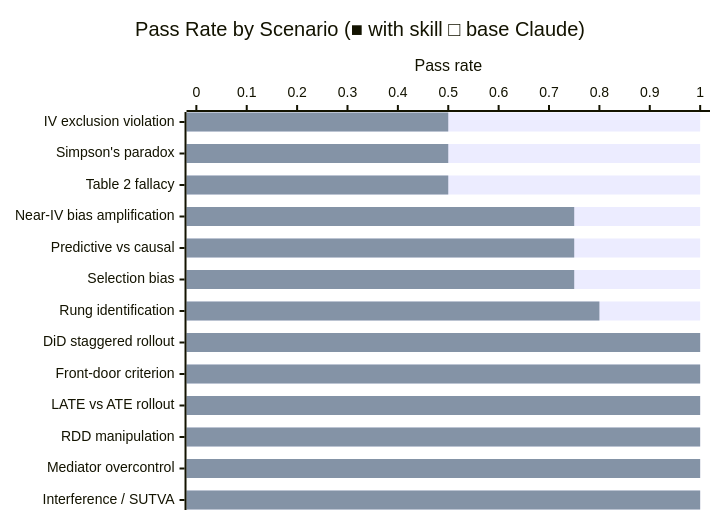
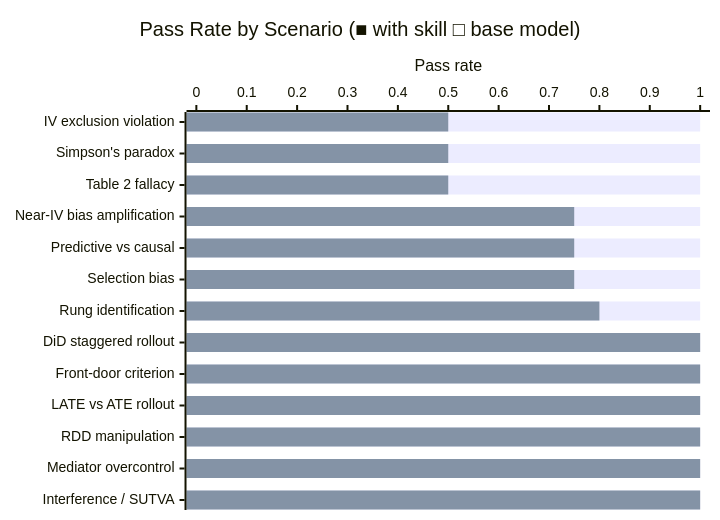
The diagram in causal-inference/README.md (JacobElder/jakes-skills), drawn with Mermaid before and after one commit. The commit also changed other lines of this file and 50 other files, not shown here.

````diff
--- a/causal-inference/README.md
+++ b/causal-inference/README.md
@@ -74,8 +74,8 @@
 ```mermaid
 xychart-beta horizontal
-    title "Pass Rate by Scenario (■ with skill  □ base Claude)"
+    title "Pass Rate by Scenario (■ with skill  □ base model)"
     x-axis ["IV exclusion violation", "Simpson's paradox", "Table 2 fallacy", "Near-IV bias amplification", "Predictive vs causal", "Selection bias", "Rung identification", "DiD staggered rollout", "Front-door criterion", "LATE vs ATE rollout", "RDD manipulation", "Mediator overcontrol", "Interference / SUTVA"]
     y-axis "Pass rate" 0 --> 1
     bar [1.0, 1.0, 1.0, 1.0, 1.0, 1.0, 1.0, 1.0, 1.0, 1.0, 1.0, 1.0, 1.0]
     bar [0.5, 0.5, 0.5, 0.75, 0.75, 0.75, 0.8, 1.0, 1.0, 1.0, 1.0, 1.0, 1.0]
 ```
````
